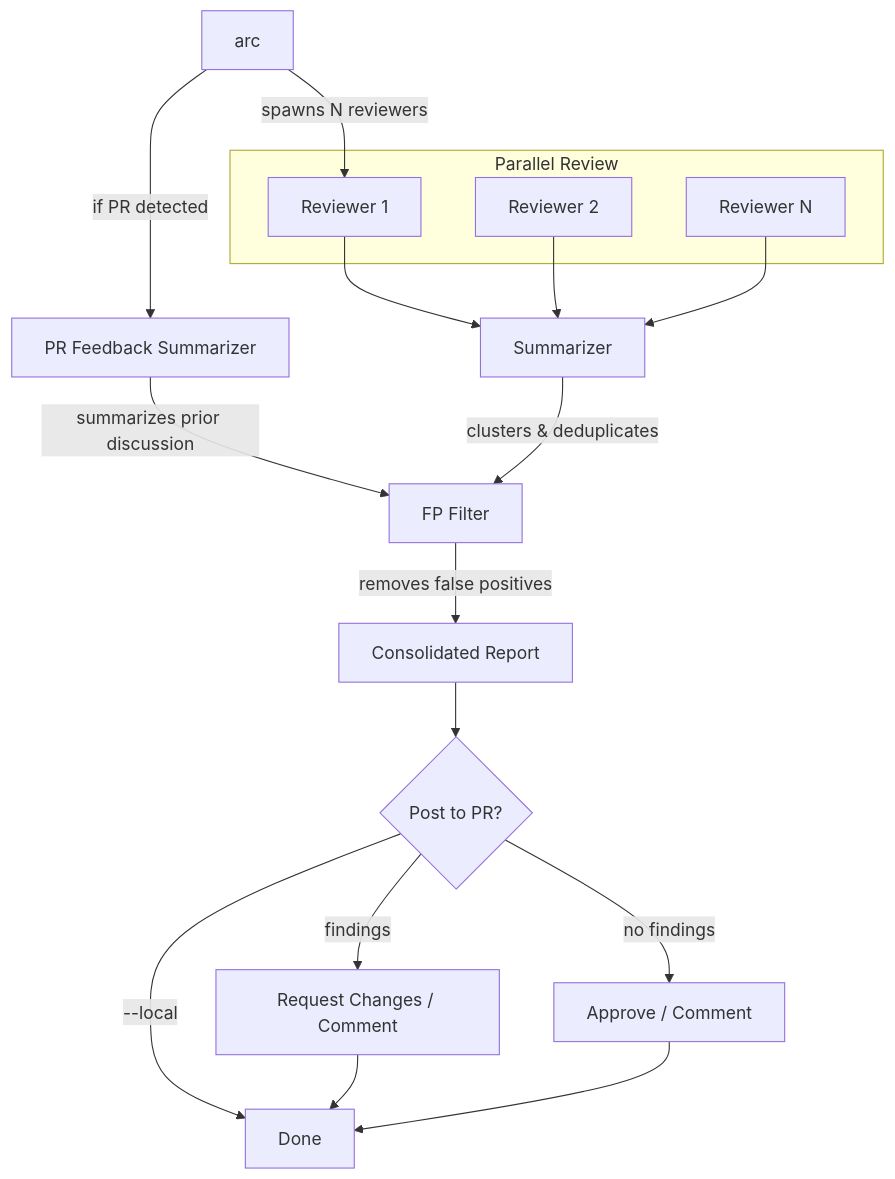
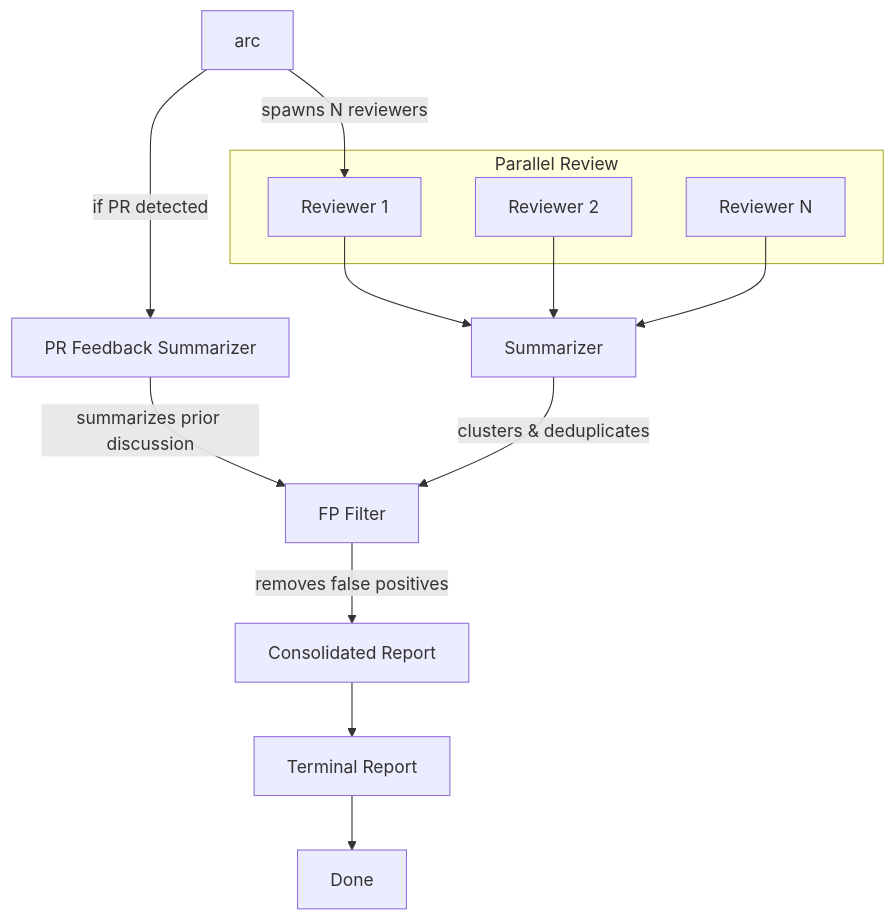
The diagram in README.md (masa6161/agentic-code-reviewer_win), drawn with Mermaid before and after one commit. The commit also changed other lines of this file and 1 other file, not shown here.

````diff
--- a/README.md
+++ b/README.md
@@ -49,20 +49,16 @@
 ```mermaid
 graph TD
     A[arc] -->|spawns N reviewers| B
     subgraph Parallel Review
         B[Reviewer 1]
         C[Reviewer 2]
         D[Reviewer N]
     end
     A -->|if PR detected| P[PR Feedback Summarizer]
     P -->|summarizes prior discussion| F
     B & C & D --> E[Summarizer]
     E -->|clusters & deduplicates| F[FP Filter]
     F -->|removes false positives| G[Consolidated Report]
-    G --> H{Post to PR?}
-    H -->|--local| I[Done]
-    H -->|findings| J[Request Changes / Comment]
-    H -->|no findings| K[Approve / Comment]
-    J --> I
-    K --> I
+    G --> H[Terminal Report]
+    H --> I[Done]
 ```
````
